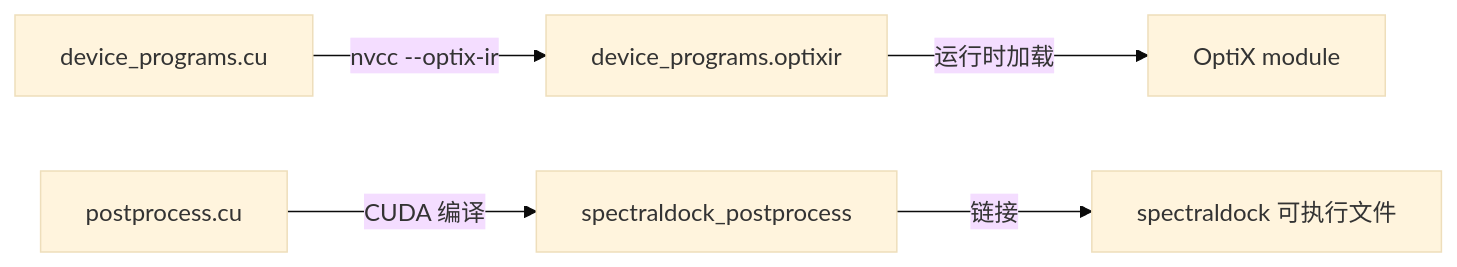
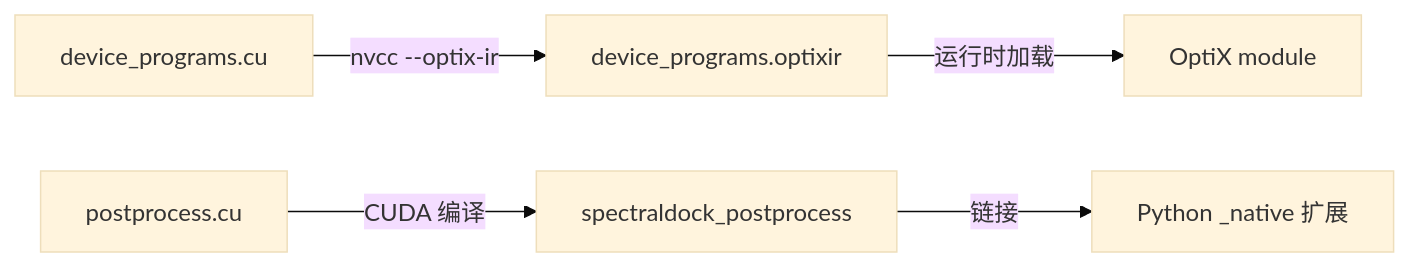
The first of 2 diagrams in docs/technical-report/07-optix-gpu-implementation.md (goooxu/SpectralDock), drawn with Mermaid (base theme) before and after one commit. The commit also changed other lines of this file and 109 other files, not shown here.

```diff
--- a/docs/technical-report/07-optix-gpu-implementation.md
+++ b/docs/technical-report/07-optix-gpu-implementation.md
@@ -23,7 +23,7 @@
 ~~~mermaid
 flowchart LR
     A["device_programs.cu"] -->|"nvcc --optix-ir"| B["device_programs.optixir"]
     B -->|"运行时加载"| C["OptiX module"]
     D["postprocess.cu"] -->|"CUDA 编译"| E["spectraldock_postprocess"]
-    E -->|"链接"| F["spectraldock 可执行文件"]
+    E -->|"链接"| F["Python _native 扩展"]
 ~~~
```
